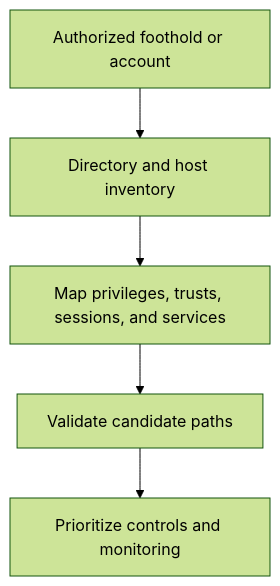
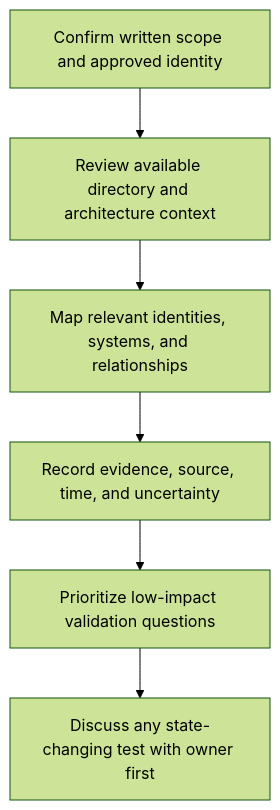
One commit to alham-rizvi/FindMyAttackPath changed the diagram in docs/phases/recon.md. Above: the diagram before and after it, drawn with Mermaid (forest theme). The commit also changed other lines of this file and 20 other files, not shown here.

````diff
--- a/docs/phases/recon.md
+++ b/docs/phases/recon.md
@@ -16,7 +22,8 @@
 ```mermaid
 flowchart TD
-  A[Authorized foothold or account] --> B[Directory and host inventory]
-  B --> C[Map privileges, trusts, sessions, and services]
-  C --> D[Validate candidate paths]
-  D --> E[Prioritize controls and monitoring]
+  A[Confirm written scope and approved identity] --> B[Review available directory and architecture context]
+  B --> C[Map relevant identities, systems, and relationships]
+  C --> D[Record evidence, source, time, and uncertainty]
+  D --> E[Prioritize low-impact validation questions]
+  E --> F[Discuss any state-changing test with owner first]
 ```
````
